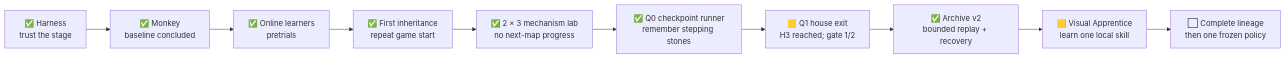
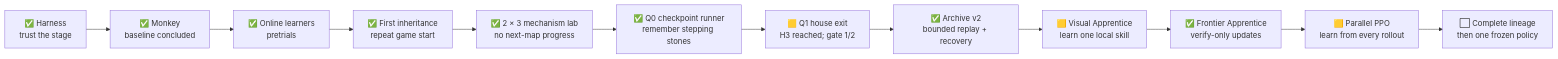
The first of 2 diagrams in README.md (PeteAndrews1289/pokemon-red-ai), drawn with Mermaid before and after one commit. The commit also changed other lines of this file and 14 other files, not shown here.

Commit message:
Add parallel recurrent PPO training

````diff
--- a/README.md
+++ b/README.md
@@ -78,12 +74,14 @@
 ```mermaid
 flowchart LR
     P0["✅ Harness<br/>trust the stage"] --> B0["✅ Monkey<br/>baseline concluded"]
     B0 --> B2["✅ Online learners<br/>pretrials"]
     B2 --> B1["✅ First inheritance<br/>repeat game start"]
     B1 --> EV["✅ 2 × 3 mechanism lab<br/>no next-map progress"]
     EV --> EX["✅ Q0 checkpoint runner<br/>remember stepping stones"]
     EX --> Q1["🟨 Q1 house exit<br/>H3 reached; gate 1/2"]
     Q1 --> SC["✅ Archive v2<br/>bounded replay + recovery"]
     SC --> EM["🟨 Visual Apprentice<br/>learn one local skill"]
-    EM --> FR["⬜ Complete lineage<br/>then one frozen policy"]
+    EM --> FR["✅ Frontier Apprentice<br/>verify-only updates"]
+    FR --> PPO["🟨 Parallel PPO<br/>learn from every rollout"]
+    PPO --> HF["⬜ Complete lineage<br/>then one frozen policy"]
 ```
````
